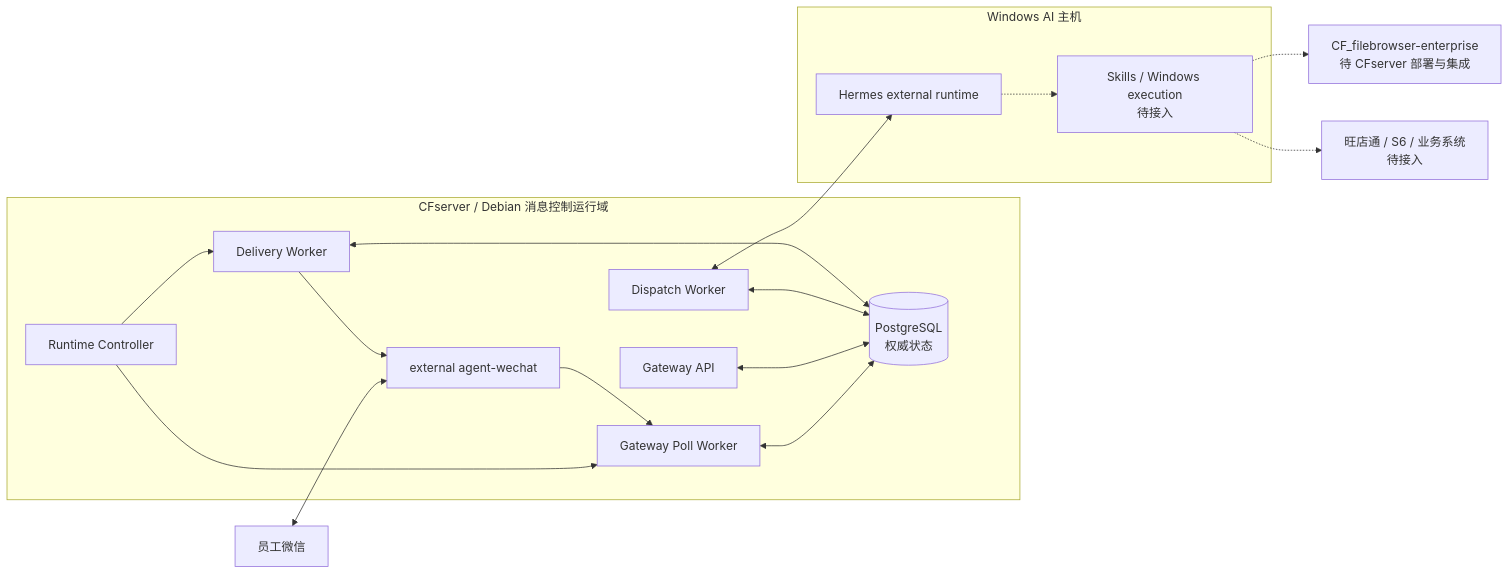
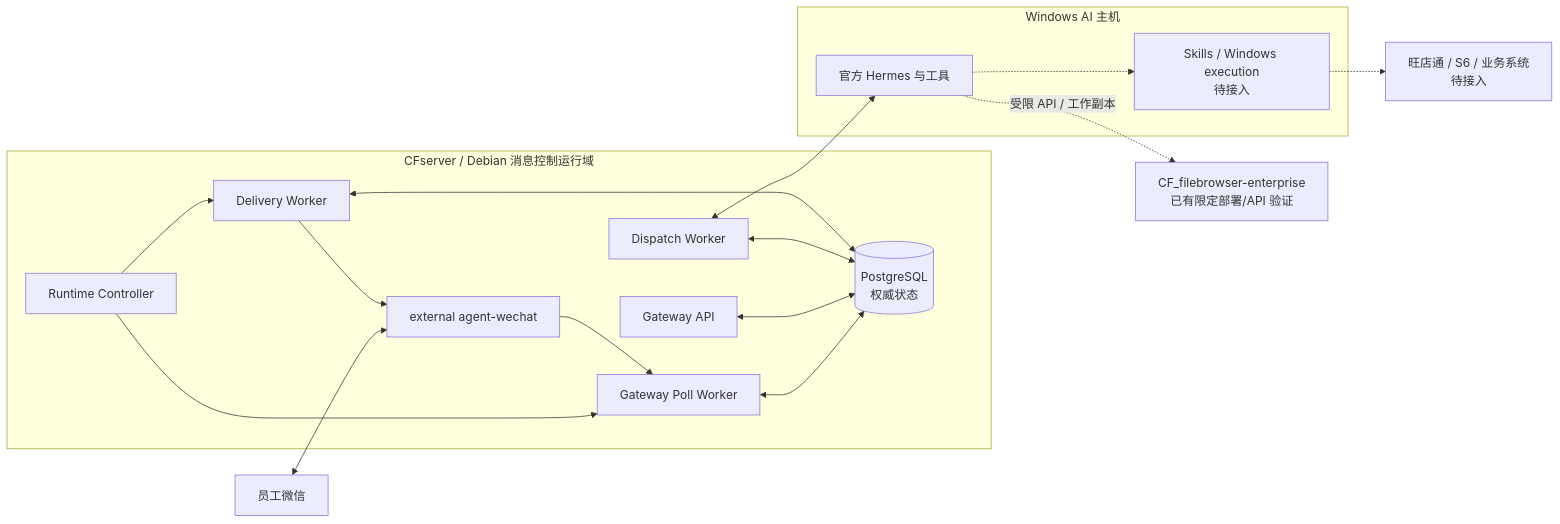
One commit to Tangbohu09527/CF_ecommerce-automation-docs changed the first of 3 diagrams in 02_系统设计.md. Above: the diagram before and after it, drawn with Mermaid. The commit also changed other lines of this file and 19 other files, not shown here.

````diff
--- a/02_系统设计.md
+++ b/02_系统设计.md
@@ -9,33 +9,33 @@
 ```mermaid
 flowchart LR
     U["员工微信"]
     subgraph CFS["CFserver / Debian 消息控制运行域"]
         AW["external agent-wechat"]
         PW["Gateway Poll Worker"]
         API["Gateway API"]
         CTL["Runtime Controller"]
         PG[("PostgreSQL<br/>权威状态")]
         DW["Dispatch Worker"]
         DLW["Delivery Worker"]
         PW <--> PG
         API <--> PG
         CTL --> PW
         CTL --> DLW
         DW <--> PG
         DLW <--> PG
     end
     subgraph AI["Windows AI 主机"]
-        H["Hermes external runtime"]
+        H["官方 Hermes 与工具"]
         SK["Skills / Windows execution<br/>待接入"]
         H -.-> SK
     end
-    FB["CF_filebrowser-enterprise<br/>待 CFserver 部署与集成"]
+    FB["CF_filebrowser-enterprise<br/>已有限定部署/API 验证"]
     BIZ["旺店通 / S6 / 业务系统<br/>待接入"]
 
     U <--> AW
     AW --> PW
     DW <--> H
     DLW --> AW
-    SK -.-> FB
+    H -. "受限 API / 工作副本" .-> FB
     SK -.-> BIZ
 ```
````
